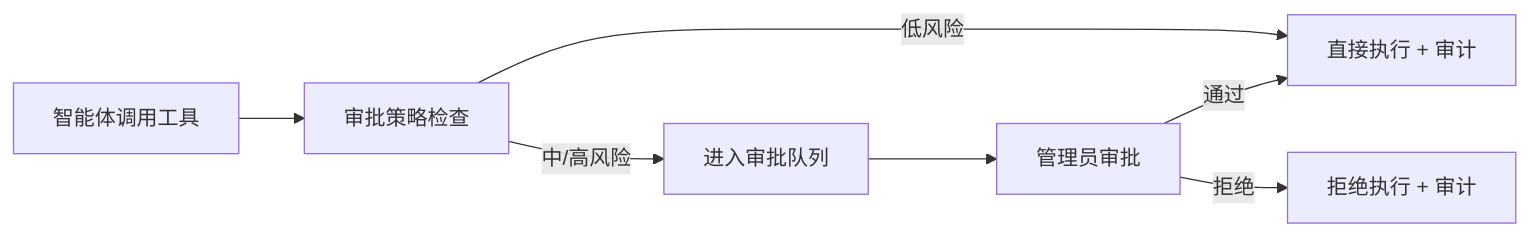
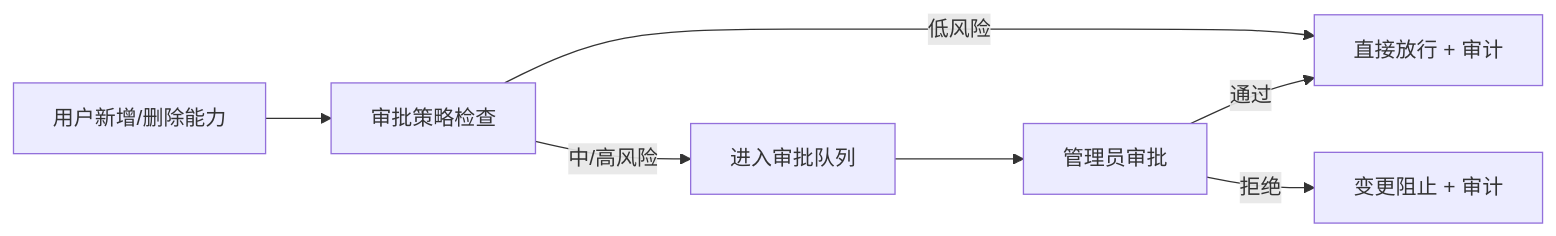
Before and after one commit to devjotaduo/nexora-ai-platform: the fourth of 8 diagrams in docs/technical-solution.md, drawn with Mermaid. The commit also changed other lines of this file and 2 other files, not shown here.

````diff
--- a/docs/technical-solution.md
+++ b/docs/technical-solution.md
@@ -218,9 +218,9 @@
 ```mermaid
 flowchart LR
-    Agent["智能体调用工具"] --> Policy["审批策略检查"]
-    Policy -->|低风险| Execute["直接执行 + 审计"]
+    User["用户新增/删除能力"] --> Policy["审批策略检查"]
+    Policy -->|低风险| Allow["直接放行 + 审计"]
     Policy -->|中/高风险| Approval["进入审批队列"]
     Approval --> Admin["管理员审批"]
-    Admin -->|通过| Execute
-    Admin -->|拒绝| Reject["拒绝执行 + 审计"]
+    Admin -->|通过| Allow
+    Admin -->|拒绝| Reject["变更阻止 + 审计"]
 ```
````
